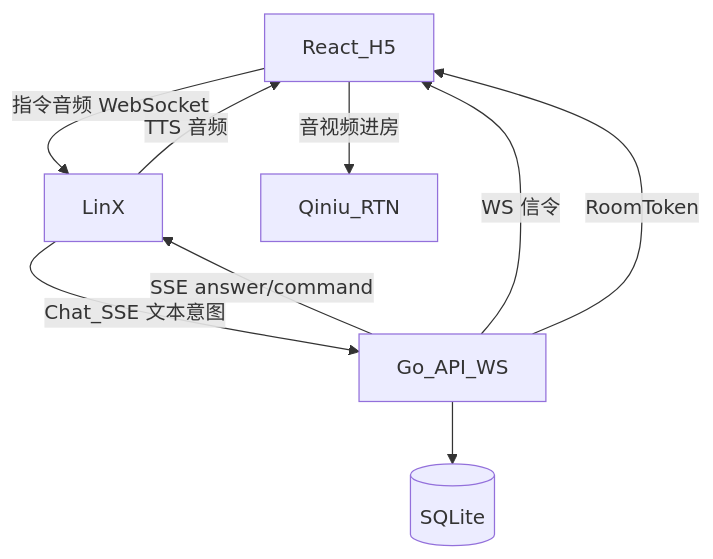
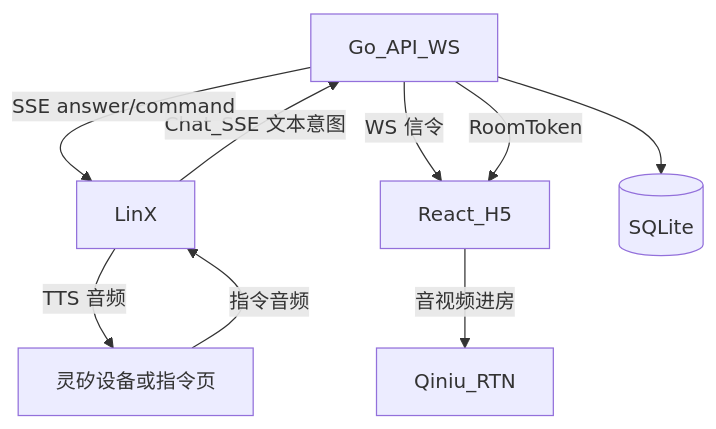
The first of 5 diagrams in docs/technical-design.md (AdairZeng/fleet-ptt), drawn with Mermaid before and after one commit. The commit also changed other lines of this file and 3 other files, not shown here.

````diff
--- a/docs/technical-design.md
+++ b/docs/technical-design.md
@@ -26,17 +26,18 @@
 ```mermaid
 flowchart TB
   react[React_H5]
   go[Go_API_WS]
   linx[LinX]
   rtn[Qiniu_RTN]
   db[(SQLite)]
 
-  react -->|"指令音频 WebSocket"| linx
+  device[灵矽设备或指令页]
+  device -->|"指令音频"| linx
   linx -->|"Chat_SSE 文本意图"| go
   go -->|"SSE answer/command"| linx
-  linx -->|"TTS 音频"| react
+  linx -->|"TTS 音频"| device
   go -->|"WS 信令"| react
   go -->|"RoomToken"| react
   react -->|"音视频进房"| rtn
   go --> db
 ```
````
